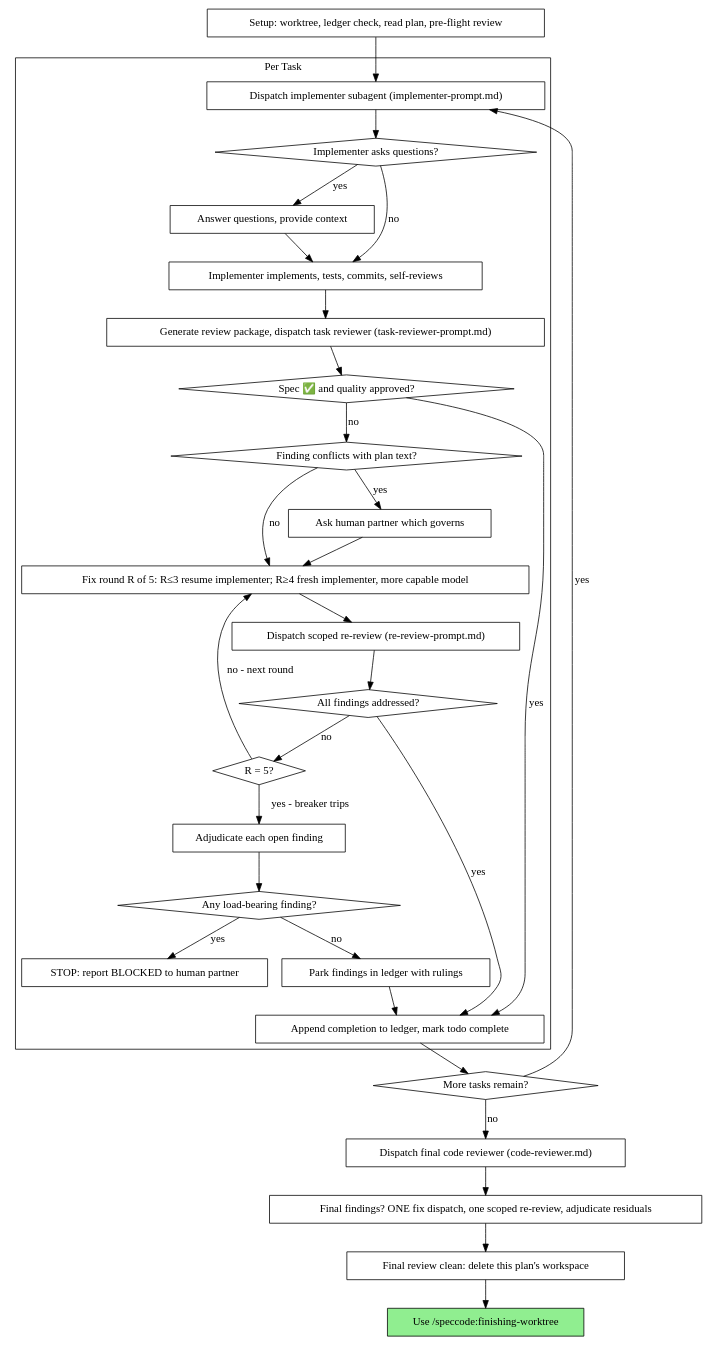
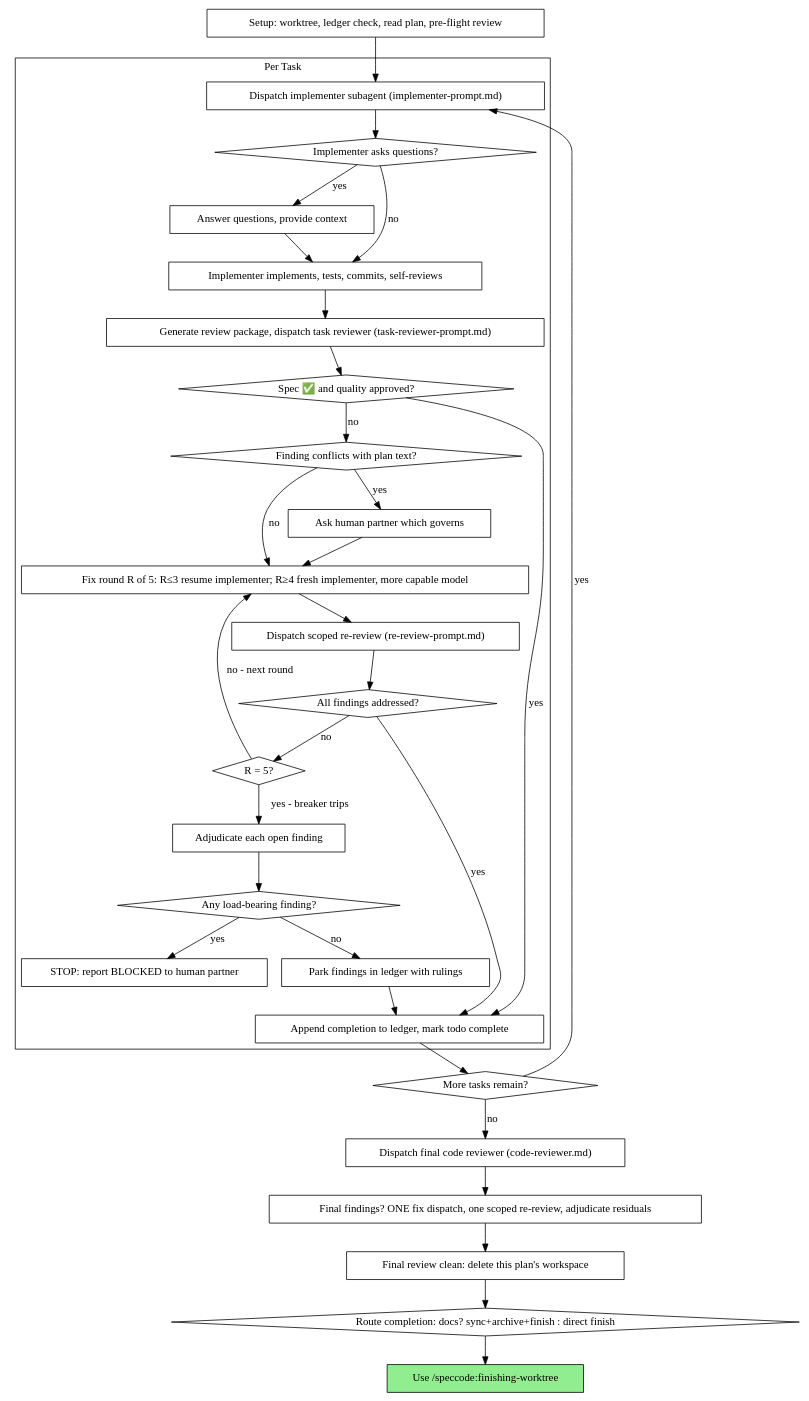
One commit to vip-pan/speccode-development changed the second of 2 diagrams in plugins/speccode/commands/subagent-driven-development.md. Above: the diagram before and after it, drawn with Graphviz. The commit also changed other lines of this file and 10 other files, not shown here.

````diff
--- a/plugins/speccode/commands/subagent-driven-development.md
+++ b/plugins/speccode/commands/subagent-driven-development.md
@@ -48,62 +48,64 @@
 ```dot
 digraph process {
     rankdir=TB;
 
     subgraph cluster_per_task {
         label="Per Task";
         "Dispatch implementer subagent (implementer-prompt.md)" [shape=box];
         "Implementer asks questions?" [shape=diamond];
         "Answer questions, provide context" [shape=box];
         "Implementer implements, tests, commits, self-reviews" [shape=box];
         "Generate review package, dispatch task reviewer (task-reviewer-prompt.md)" [shape=box];
         "Spec ✅ and quality approved?" [shape=diamond];
         "Finding conflicts with plan text?" [shape=diamond];
         "Ask human partner which governs" [shape=box];
         "Fix round R of 5: R≤3 resume implementer; R≥4 fresh implementer, more capable model" [shape=box];
         "Dispatch scoped re-review (re-review-prompt.md)" [shape=box];
         "All findings addressed?" [shape=diamond];
         "R = 5?" [shape=diamond];
         "Adjudicate each open finding" [shape=box];
         "Any load-bearing finding?" [shape=diamond];
         "STOP: report BLOCKED to human partner" [shape=box];
         "Park findings in ledger with rulings" [shape=box];
         "Append completion to ledger, mark todo complete" [shape=box];
     }
 
     "Setup: worktree, ledger check, read plan, pre-flight review" [shape=box];
     "More tasks remain?" [shape=diamond];
     "Dispatch final code reviewer (code-reviewer.md)" [shape=box];
     "Final findings? ONE fix dispatch, one scoped re-review, adjudicate residuals" [shape=box];
     "Final review clean: delete this plan's workspace" [shape=box];
+    "Route completion: docs? sync+archive+finish : direct finish" [shape=diamond];
     "Use /speccode:finishing-worktree" [shape=box style=filled fillcolor=lightgreen];
 
     "Setup: worktree, ledger check, read plan, pre-flight review" -> "Dispatch implementer subagent (implementer-prompt.md)";
     "Dispatch implementer subagent (implementer-prompt.md)" -> "Implementer asks questions?";
     "Implementer asks questions?" -> "Answer questions, provide context" [label="yes"];
     "Answer questions, provide context" -> "Implementer implements, tests, commits, self-reviews";
     "Implementer asks questions?" -> "Implementer implements, tests, commits, self-reviews" [label="no"];
     "Implementer implements, tests, commits, self-reviews" -> "Generate review package, dispatch task reviewer (task-reviewer-prompt.md)";
     "Generate review package, dispatch task reviewer (task-reviewer-prompt.md)" -> "Spec ✅ and quality approved?";
     "Spec ✅ and quality approved?" -> "Append completion to ledger, mark todo complete" [label="yes"];
     "Spec ✅ and quality approved?" -> "Finding conflicts with plan text?" [label="no"];
     "Finding conflicts with plan text?" -> "Ask human partner which governs" [label="yes"];
     "Ask human partner which governs" -> "Fix round R of 5: R≤3 resume implementer; R≥4 fresh implementer, more capable model";
     "Finding conflicts with plan text?" -> "Fix round R of 5: R≤3 resume implementer; R≥4 fresh implementer, more capable model" [label="no"];
     "Fix round R of 5: R≤3 resume implementer; R≥4 fresh implementer, more capable model" -> "Dispatch scoped re-review (re-review-prompt.md)";
     "Dispatch scoped re-review (re-review-prompt.md)" -> "All findings addressed?";
     "All findings addressed?" -> "Append completion to ledger, mark todo complete" [label="yes"];
     "All findings addressed?" -> "R = 5?" [label="no"];
     "R = 5?" -> "Fix round R of 5: R≤3 resume implementer; R≥4 fresh implementer, more capable model" [label="no - next round"];
     "R = 5?" -> "Adjudicate each open finding" [label="yes - breaker trips"];
     "Adjudicate each open finding" -> "Any load-bearing finding?";
     "Any load-bearing finding?" -> "STOP: report BLOCKED to human partner" [label="yes"];
     "Any load-bearing finding?" -> "Park findings in ledger with rulings" [label="no"];
     "Park findings in ledger with rulings" -> "Append completion to ledger, mark todo complete";
     "Append completion to ledger, mark todo complete" -> "More tasks remain?";
     "More tasks remain?" -> "Dispatch implementer subagent (implementer-prompt.md)" [label="yes"];
     "More tasks remain?" -> "Dispatch final code reviewer (code-reviewer.md)" [label="no"];
     "Dispatch final code reviewer (code-reviewer.md)" -> "Final findings? ONE fix dispatch, one scoped re-review, adjudicate residuals";
     "Final findings? ONE fix dispatch, one scoped re-review, adjudicate residuals" -> "Final review clean: delete this plan's workspace";
-    "Final review clean: delete this plan's workspace" -> "Use /speccode:finishing-worktree";
+    "Final review clean: delete this plan's workspace" -> "Route completion: docs? sync+archive+finish : direct finish";
+    "Route completion: docs? sync+archive+finish : direct finish" -> "Use /speccode:finishing-worktree";
 }
 ```
````
